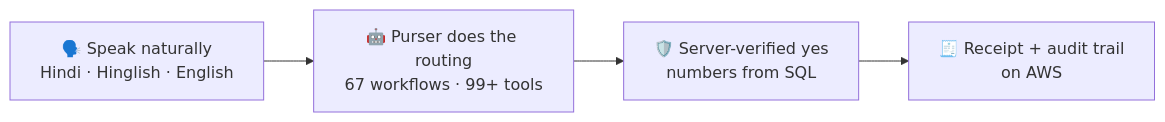
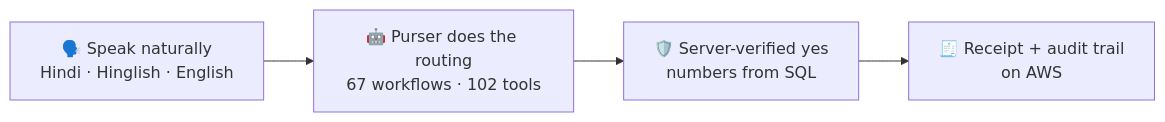
Before and after one commit to irfan3838/Builders: diagram 21 of 21 in submission/PRESENTATION.md, drawn with Mermaid. The commit also changed other lines of this file and 6 other files, not shown here.

````diff
--- a/submission/PRESENTATION.md
+++ b/submission/PRESENTATION.md
@@ -561,6 +589,6 @@
 ```mermaid
 flowchart LR
-    A["🗣️ Speak naturally<br/>Hindi · Hinglish · English"] --> B["🤖 Purser does the routing<br/>67 workflows · 99+ tools"]
+    A["🗣️ Speak naturally<br/>Hindi · Hinglish · English"] --> B["🤖 Purser does the routing<br/>67 workflows · 102 tools"]
     B --> C["🛡️ Server-verified yes<br/>numbers from SQL"]
     C --> D["🧾 Receipt + audit trail<br/>on AWS"]
 ```
````
